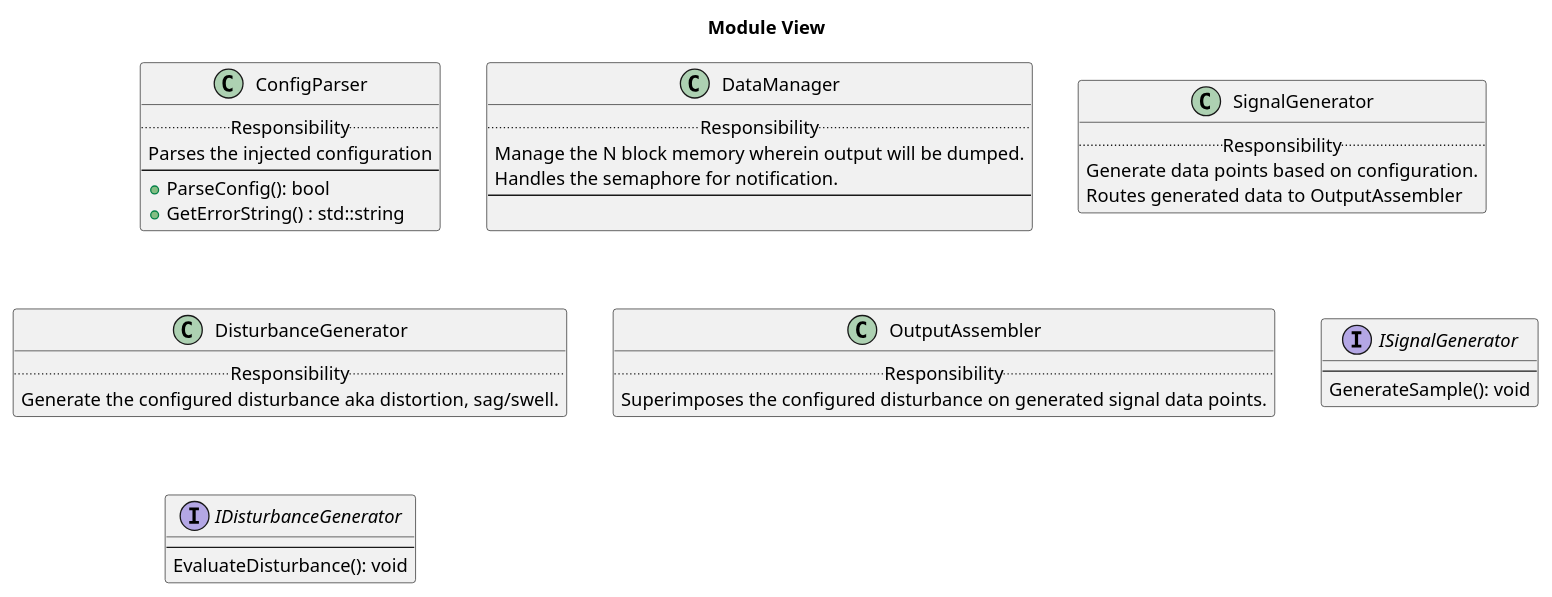
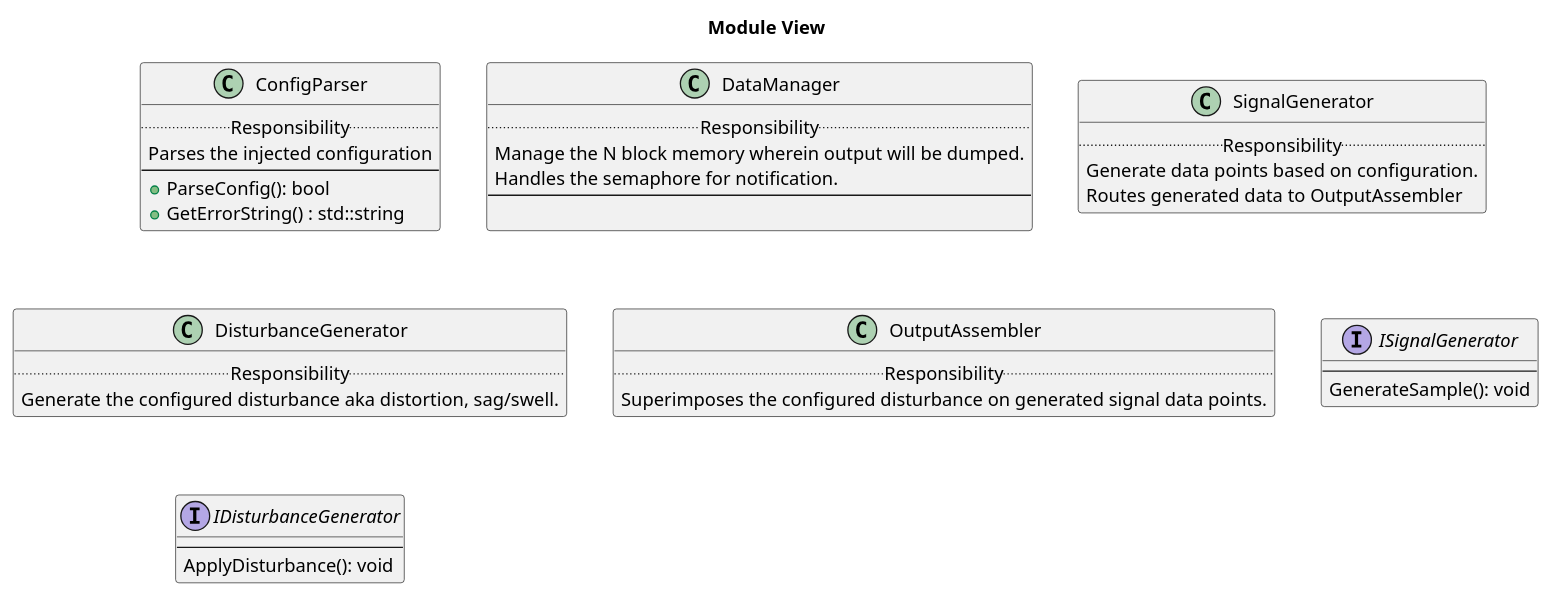
One commit to kshitij9192/SignalSimulator changed the diagram in docs/diagrams/module_view.puml. Above: the diagram before and after it, drawn with PlantUML. The commit also changed 45 other files, not shown here.

```diff
--- a/docs/diagrams/module_view.puml
+++ b/docs/diagrams/module_view.puml
@@ -1,49 +1,49 @@
 @startuml
 
 title Module View
 
 class ConfigParser {
     .. Responsibility ..
     Parses the injected configuration
     --
     + ParseConfig(): bool
     + GetErrorString() : std::string
 }
 
 class DataManager {
     .. Responsibility ..
     Manage the N block memory wherein output will be dumped.
     Handles the semaphore for notification.
     --
   
 }
 
 class SignalGenerator {
     .. Responsibility ..
     Generate data points based on configuration.
     Routes generated data to OutputAssembler
 }
 
 class DisturbanceGenerator {
     .. Responsibility ..
     Generate the configured disturbance aka distortion, sag/swell.
 }
 
 class OutputAssembler {
     .. Responsibility ..
     Superimposes the configured disturbance on generated signal data points.
 }
 
 
 interface ISignalGenerator {
     --
     GenerateSample(): void
 }
 
 interface IDisturbanceGenerator
 {
     --
-    EvaluateDisturbance(): void
+    ApplyDisturbance(): void
 }
 
 @enduml
```
